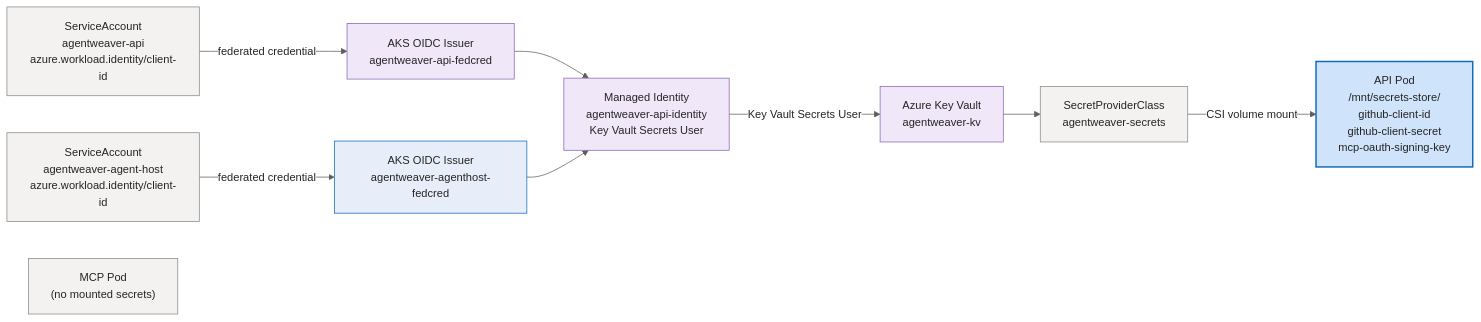
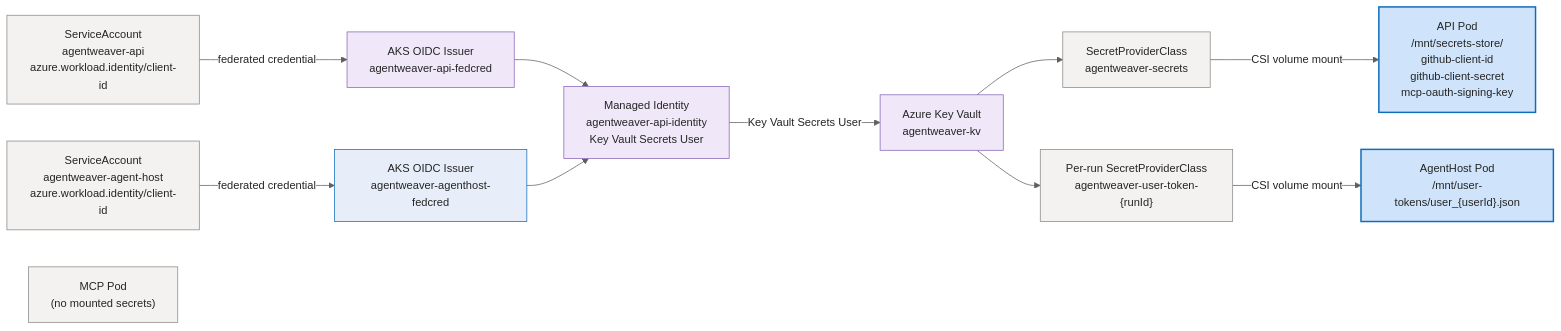
The fifth of 5 diagrams in docs/architecture-aks.md (sabbour/agentweaver), drawn with Mermaid before and after one commit. The commit also changed other lines of this file and 39 other files, not shown here.

First line of the commit message:
security: per-user GitHub token isolation and AgentHost SPC hardening

````diff
--- a/docs/architecture-aks.md
+++ b/docs/architecture-aks.md
@@ -262,32 +262,35 @@
 ```mermaid
 %%{init: {'theme':'base','themeVariables':{'fontFamily':'Segoe UI, system-ui, -apple-system, sans-serif','fontSize':'15px','primaryColor':'#E8EEF9','primaryBorderColor':'#0F6CBD','primaryTextColor':'#242424','lineColor':'#605E5C','clusterBkg':'#FAF9F8','clusterBorder':'#D2D0CE','edgeLabelBackground':'#FFFFFF'}}}%%
 flowchart LR
     MI["Managed Identity<br/>agentweaver-api-identity<br/>Key Vault Secrets User"]
     SA["ServiceAccount<br/>agentweaver-api<br/>azure.workload.identity/client-id"]
     SA2["ServiceAccount<br/>agentweaver-agent-host<br/>azure.workload.identity/client-id"]
     OIDC["AKS OIDC Issuer<br/>agentweaver-api-fedcred"]
     OIDC2["AKS OIDC Issuer<br/>agentweaver-agenthost-fedcred"]
     KV["Azure Key Vault<br/>agentweaver-kv"]
 
     SPC["SecretProviderClass<br/>agentweaver-secrets"]
+    RUNSPC["Per-run SecretProviderClass<br/>agentweaver-user-token-{runId}"]
 
     API["API Pod<br/>/mnt/secrets-store/<br/>github-client-id<br/>github-client-secret<br/>mcp-oauth-signing-key"]
+    AGENT["AgentHost Pod<br/>/mnt/user-tokens/user_{userId}.json"]
     MCP["MCP Pod<br/>(no mounted secrets)"]
 
     SA -->|"federated credential"| OIDC --> MI
     SA2 -->|"federated credential"| OIDC2 --> MI
     MI -->|"Key Vault Secrets User"| KV
     KV --> SPC -->|"CSI volume mount"| API
+    KV --> RUNSPC -->|"CSI volume mount"| AGENT
 
     classDef client fill:#E8EEF9,stroke:#0F6CBD,stroke-width:1px,color:#242424;
     classDef svc fill:#F3F2F1,stroke:#8A8886,stroke-width:1px,color:#242424;
     classDef core fill:#CFE4FA,stroke:#0F6CBD,stroke-width:2px,color:#242424;
     classDef data fill:#FFF4CE,stroke:#C19C00,stroke-width:1px,color:#242424;
     classDef ext fill:#F0E8F8,stroke:#8764B8,stroke-width:1px,color:#242424;
     classDef runtime fill:#DDF3DD,stroke:#107C10,stroke-width:1px,color:#242424;
     classDef evt fill:#D6F0F0,stroke:#038387,stroke-width:1px,color:#242424;
 
-    class SA,SA2,SPC,MCP svc;
-    class API core;
+    class SA,SA2,SPC,RUNSPC,MCP svc;
+    class API,AGENT core;
     class MI,OIDC,KV ext;
 ```
````
